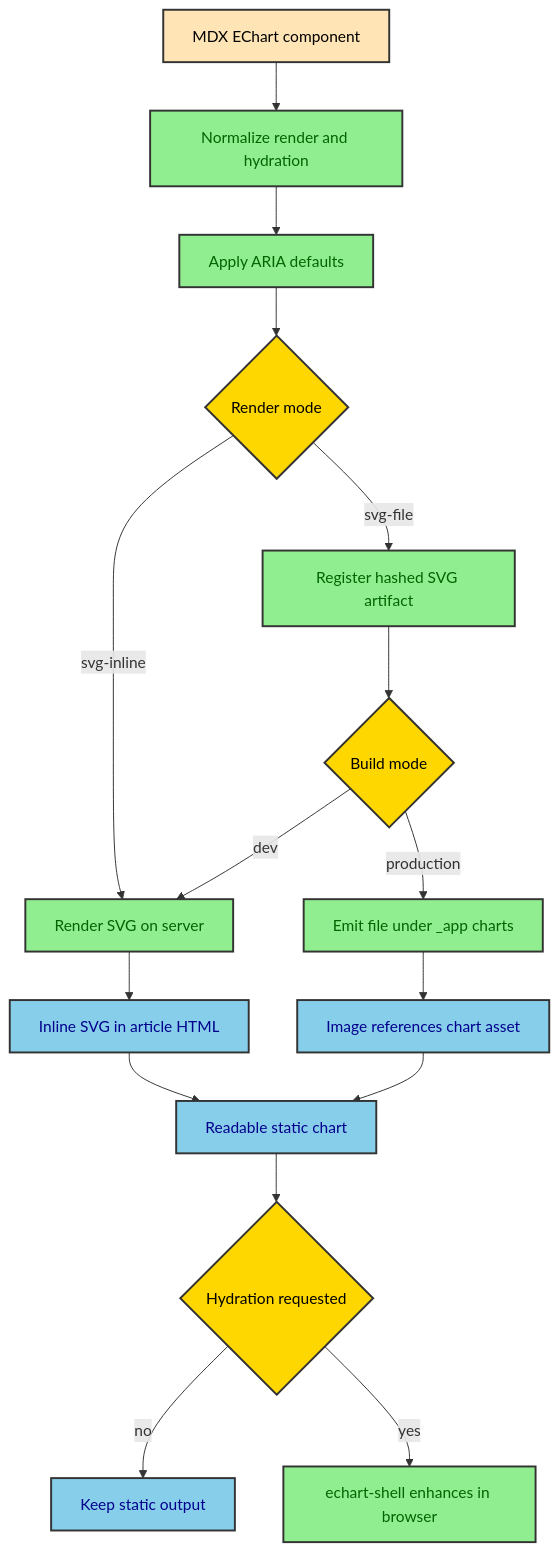
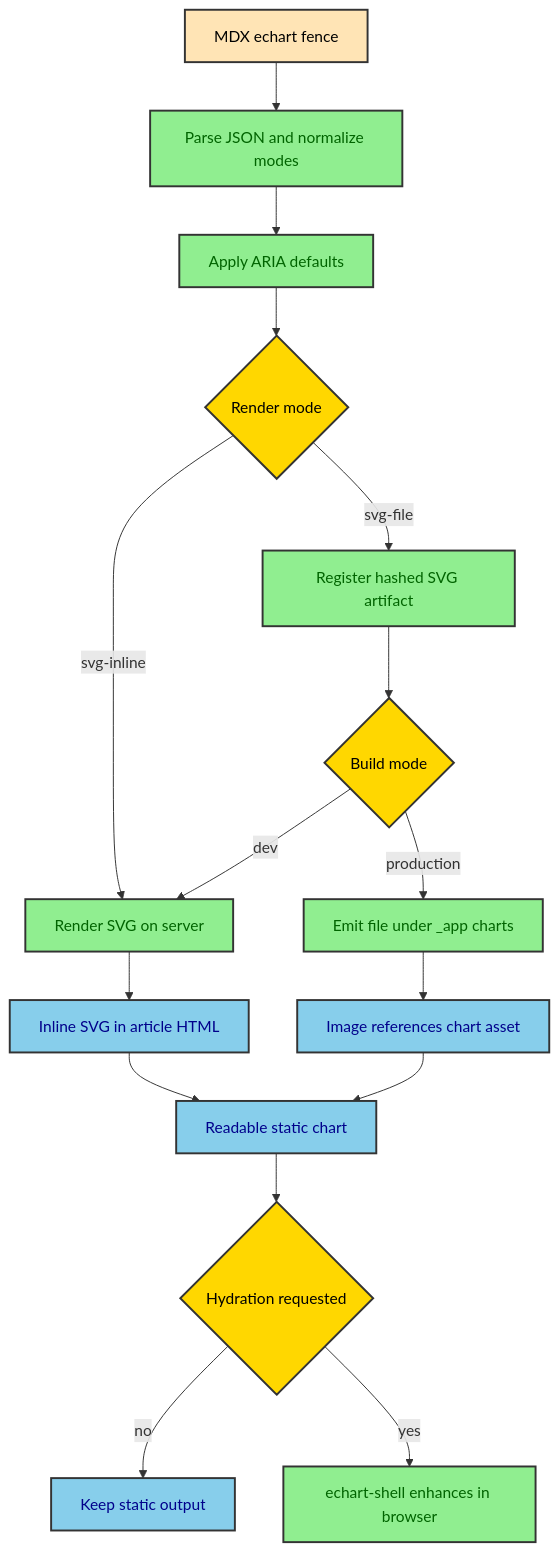
The diagram in src/thejournal/building_albertoduran/echarts/implementation.mdx (duranalberto/albertoduran), drawn with Mermaid before and after one commit. The commit also changed other lines of this file and 82 other files, not shown here.

````diff
--- a/src/thejournal/building_albertoduran/echarts/implementation.mdx
+++ b/src/thejournal/building_albertoduran/echarts/implementation.mdx
@@ -43,28 +44,28 @@
 ```mermaid
 flowchart TD
-    Source[MDX EChart component] --> Normalize[Normalize render and hydration]
+    Source[MDX echart fence] --> Normalize[Parse JSON and normalize modes]
     Normalize --> Aria[Apply ARIA defaults]
     Aria --> Mode{Render mode}
     Mode -->|svg-inline| Server[Render SVG on server]
     Mode -->|svg-file| Artifact[Register hashed SVG artifact]
     Artifact --> Build{Build mode}
     Build -->|dev| Server
     Build -->|production| Emit[Emit file under _app charts]
     Server --> Inline[Inline SVG in article HTML]
     Emit --> Image[Image references chart asset]
     Inline --> Browser[Readable static chart]
     Image --> Browser
     Browser --> Hydrate{Hydration requested}
     Hydrate -->|no| Done[Keep static output]
     Hydrate -->|yes| Shell[echart-shell enhances in browser]
 
     classDef source fill:#FFE4B5,stroke:#333,stroke-width:2px,color:black
     classDef process fill:#90EE90,stroke:#333,stroke-width:2px,color:darkgreen
     classDef decision fill:#FFD700,stroke:#333,stroke-width:2px,color:black
     classDef output fill:#87CEEB,stroke:#333,stroke-width:2px,color:darkblue
 
     class Source source
     class Normalize,Aria,Server,Artifact,Emit,Shell process
     class Mode,Build,Hydrate decision
     class Inline,Image,Browser,Done output
 ```
````
